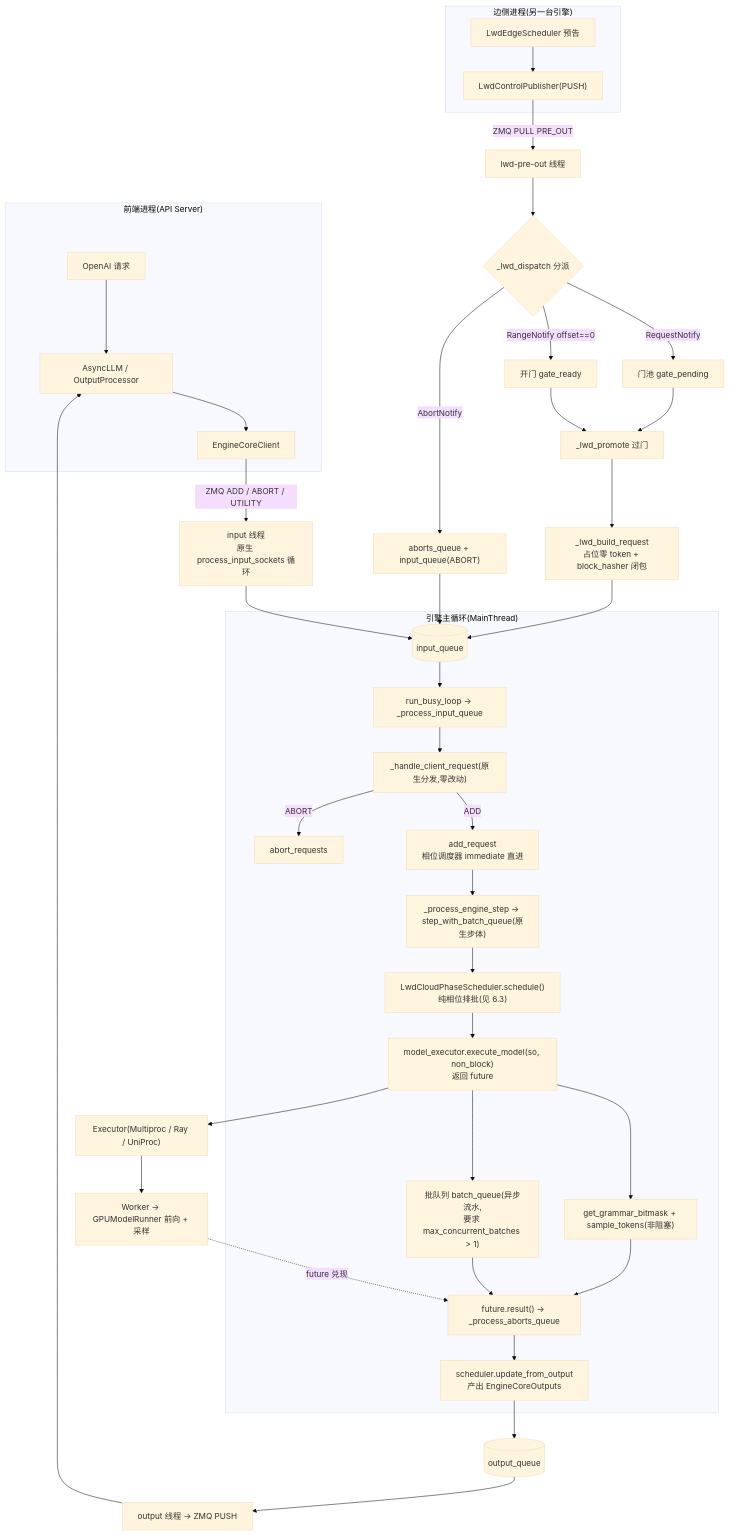
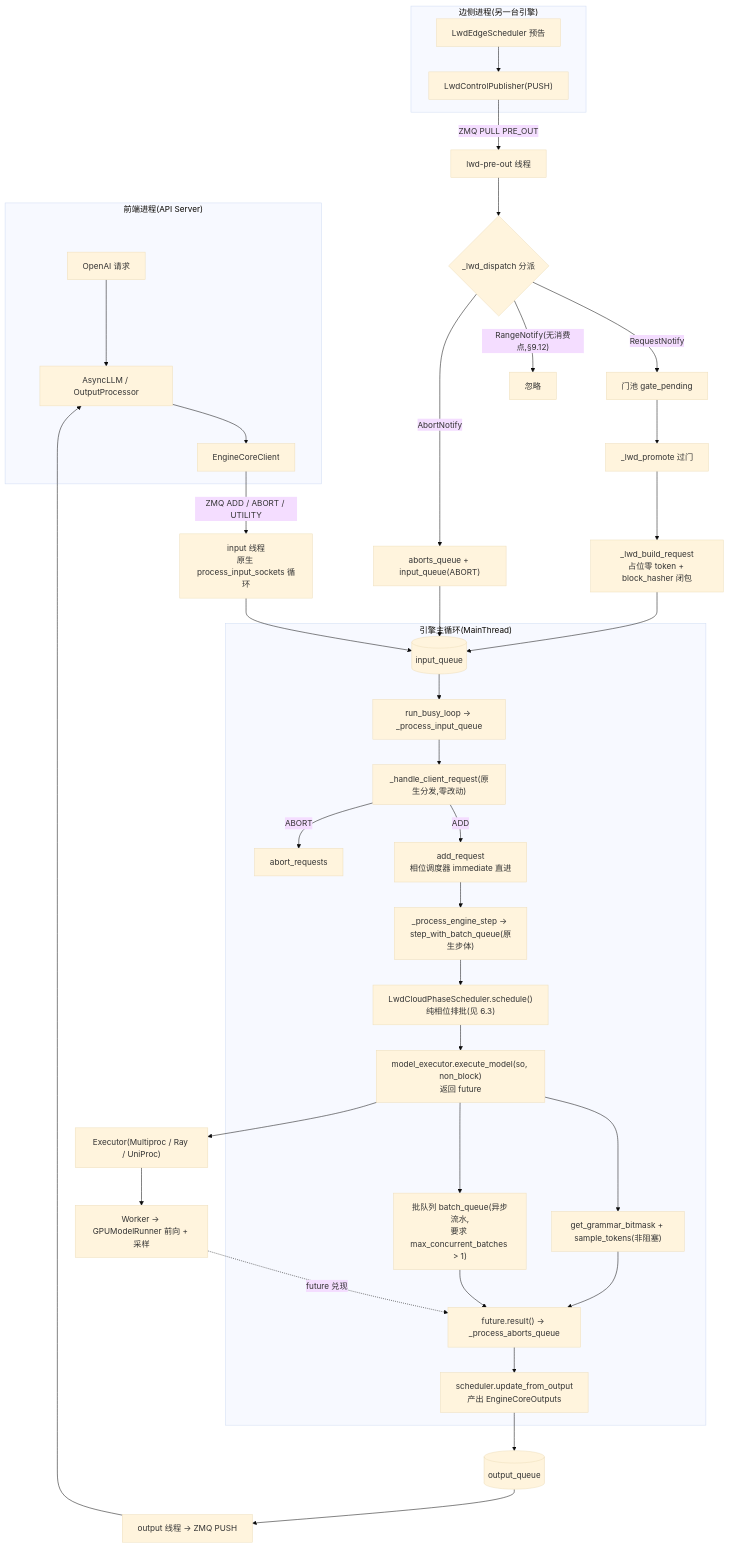
Before and after one commit to Chloe-orz/vllm-23.0: the third of 4 diagrams in docs/refactor/lwd_cloud_scheduler_design.md, drawn with Mermaid (base theme). The commit also changed other lines of this file and 2 other files, not shown here.

````diff
--- a/docs/refactor/lwd_cloud_scheduler_design.md
+++ b/docs/refactor/lwd_cloud_scheduler_design.md
@@ -265,45 +265,44 @@
 ```mermaid
 flowchart TD
     subgraph FE["前端进程(API Server)"]
         A1["OpenAI 请求"] --> A2["AsyncLLM / OutputProcessor"]
         A2 --> A3["EngineCoreClient"]
     end
     A3 -- "ZMQ ADD / ABORT / UTILITY" --> B1["input 线程<br>原生 process_input_sockets 循环"]
 
     subgraph EDGE["边侧进程(另一台引擎)"]
         C1["LwdEdgeScheduler 预告"] --> C2["LwdControlPublisher(PUSH)"]
     end
     C2 -- "ZMQ PULL PRE_OUT" --> D1["lwd-pre-out 线程"]
     D1 --> D2{"_lwd_dispatch 分派"}
     D2 -- "RequestNotify" --> D3["门池 gate_pending"]
-    D2 -- "RangeNotify offset==0" --> D4["开门 gate_ready"]
+    D2 -- "RangeNotify(无消费点,§9.12)" --> D4["忽略"]
     D3 --> D5["_lwd_promote 过门"]
-    D4 --> D5
     D5 --> D6["_lwd_build_request<br>占位零 token + block_hasher 闭包"]
     D2 -- "AbortNotify" --> D7["aborts_queue + input_queue(ABORT)"]
 
     B1 --> E1[("input_queue")]
     D6 --> E1
     D7 --> E1
 
     subgraph CORE["引擎主循环(MainThread)"]
         E1 --> F1["run_busy_loop → _process_input_queue"]
         F1 --> F2["_handle_client_request(原生分发,零改动)"]
         F2 -- "ADD" --> F3["add_request<br>相位调度器 immediate 直进"]
         F2 -- "ABORT" --> F4["abort_requests"]
         F3 --> F5["_process_engine_step → step_with_batch_queue(原生步体)"]
         F5 --> F6["LwdCloudPhaseScheduler.schedule()<br>纯相位排批(见 6.3)"]
         F6 --> F7["model_executor.execute_model(so, non_block)<br>返回 future"]
         F7 --> F8["get_grammar_bitmask + sample_tokens(非阻塞)"]
         F7 --> F9["批队列 batch_queue(异步流水,<br>要求 max_concurrent_batches > 1)"]
         F8 --> F10["future.result() → _process_aborts_queue"]
         F9 --> F10
         F10 --> F11["scheduler.update_from_output<br>产出 EngineCoreOutputs"]
     end
     F7 --> EX["Executor(Multiproc / Ray / UniProc)"]
     EX --> WK["Worker → GPUModelRunner 前向 + 采样"]
     WK -. future 兑现 .-> F10
     F11 --> G1[("output_queue")]
     G1 --> G2["output 线程 → ZMQ PUSH"]
     G2 --> A2
 ```
````
